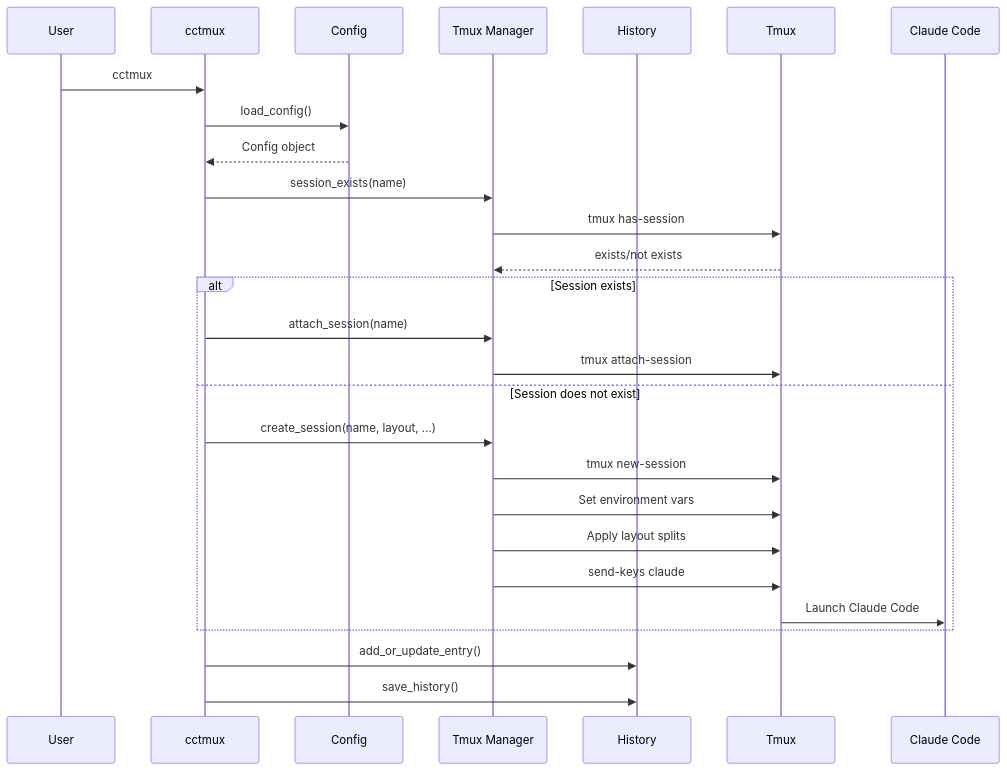
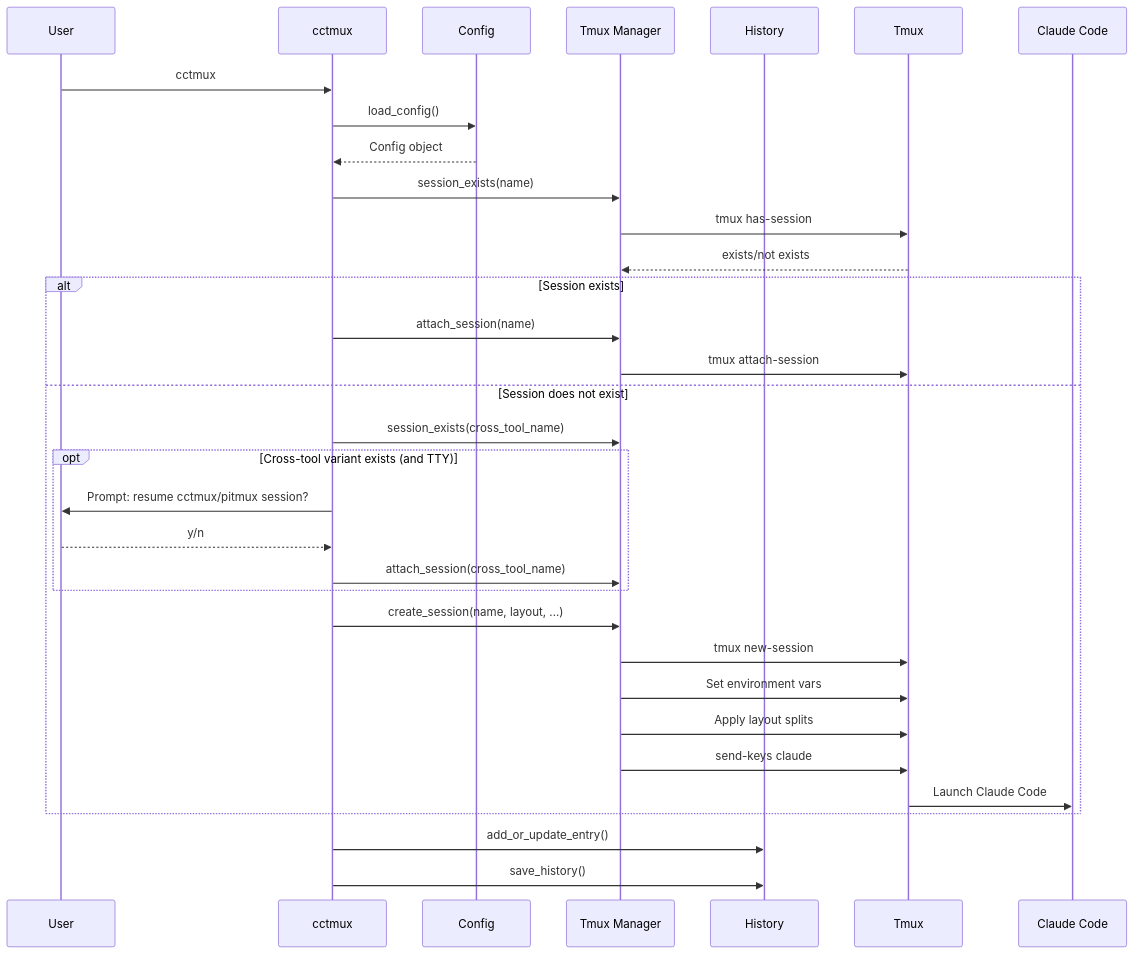
One commit to paulrobello/cctmux changed the third of 6 diagrams in docs/ARCHITECTURE.md. Above: the diagram before and after it, drawn with Mermaid. The commit also changed 7 other files, not shown here.

First line of the commit message:
feat: cross-tool resume prompt, bump to 0.4.1

````diff
--- a/docs/ARCHITECTURE.md
+++ b/docs/ARCHITECTURE.md
@@ -193,32 +193,38 @@
 ```mermaid
 sequenceDiagram
     participant User
     participant CLI as cctmux
     participant Config
     participant TmuxMgr as Tmux Manager
     participant History
     participant Tmux
     participant Claude as Claude Code
 
     User->>CLI: cctmux
     CLI->>Config: load_config()
     Config-->>CLI: Config object
     CLI->>TmuxMgr: session_exists(name)
     TmuxMgr->>Tmux: tmux has-session
     Tmux-->>TmuxMgr: exists/not exists
 
     alt Session exists
         CLI->>TmuxMgr: attach_session(name)
         TmuxMgr->>Tmux: tmux attach-session
     else Session does not exist
+        CLI->>TmuxMgr: session_exists(cross_tool_name)
+        opt Cross-tool variant exists (and TTY)
+            CLI->>User: Prompt: resume cctmux/pitmux session?
+            User-->>CLI: y/n
+            CLI->>TmuxMgr: attach_session(cross_tool_name)
+        end
         CLI->>TmuxMgr: create_session(name, layout, ...)
         TmuxMgr->>Tmux: tmux new-session
         TmuxMgr->>Tmux: Set environment vars
         TmuxMgr->>Tmux: Apply layout splits
         TmuxMgr->>Tmux: send-keys claude
         Tmux->>Claude: Launch Claude Code
     end
 
     CLI->>History: add_or_update_entry()
     CLI->>History: save_history()
 ```
````
